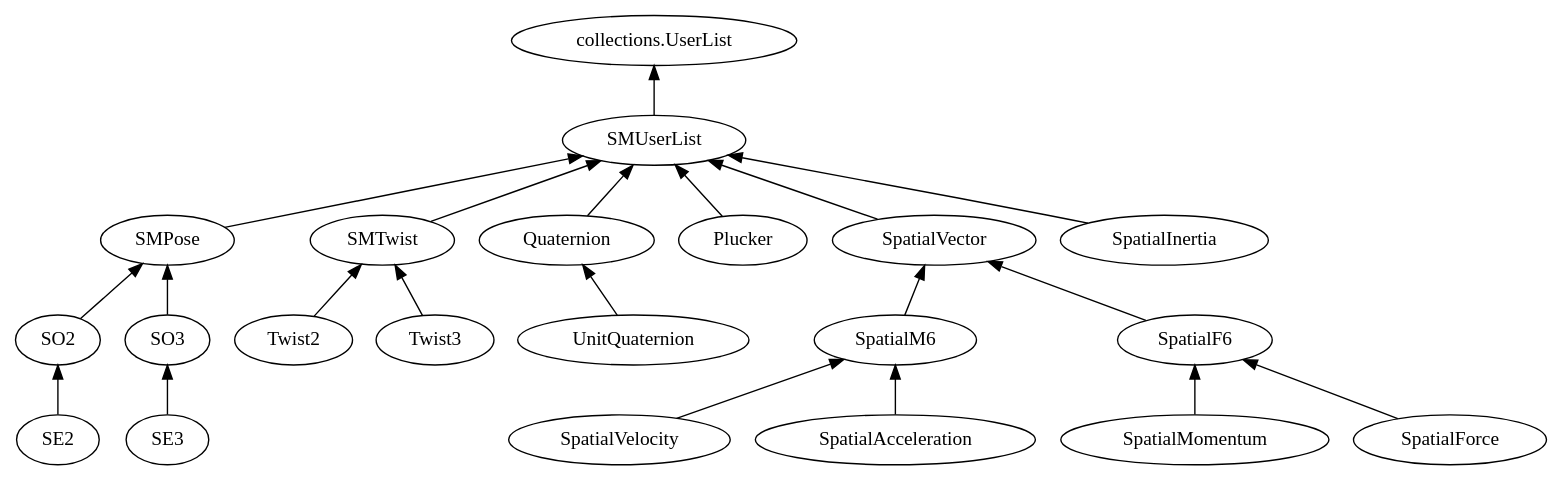
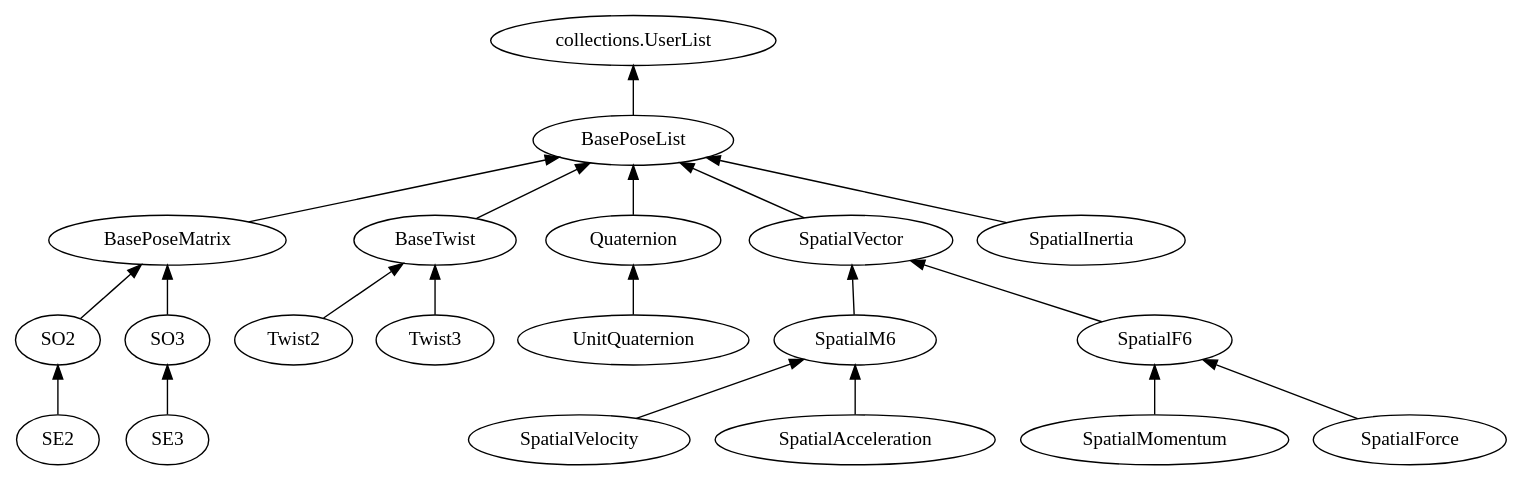
Before and after one commit to bdaiinstitute/spatialmath-python: the diagram in docs/figs/classes.dot, drawn with Graphviz. The commit also changed 1 other file, not shown here.

Commit message:
reflect changed names for base classes

```diff
--- a/docs/figs/classes.dot
+++ b/docs/figs/classes.dot
@@ -1,25 +1,24 @@
 # dot -Tpdf classes.dot > classes.pdf ; open classes.pdf
 # dot -Tpng -Gdpi=150 -Nfontsize=20 -Nfontname=Roboto classes.dot > classes.png
 digraph G {
 	graph [rankdir=BT];
-	SMUserList -> "collections.UserList"
-	SMPose -> SMUserList
-	SO2 -> SMPose
-	SO3 -> SMPose
+	BasePoseList -> "collections.UserList"
+	BasePoseMatrix -> BasePoseList
+	SO2 -> BasePoseMatrix
+	SO3 -> BasePoseMatrix
 	SE2 -> SO2
 	SE3 -> SO3
-	SMTwist -> SMUserList
-	Twist2 -> SMTwist
-	Twist3 -> SMTwist
-	Quaternion -> SMUserList
+	BaseTwist -> BasePoseList
+	Twist2 -> BaseTwist
+	Twist3 -> BaseTwist
+	Quaternion -> BasePoseList
 	UnitQuaternion -> Quaternion
-	Plucker -> SMUserList
-	SpatialVector -> SMUserList
+	SpatialVector -> BasePoseList
 	SpatialM6 -> SpatialVector
 	SpatialF6 -> SpatialVector
 	SpatialVelocity -> SpatialM6
 	SpatialAcceleration -> SpatialM6
 	SpatialMomentum -> SpatialF6
 	SpatialForce -> SpatialF6
-	SpatialInertia -> SMUserList
+	SpatialInertia -> BasePoseList
 }
```
